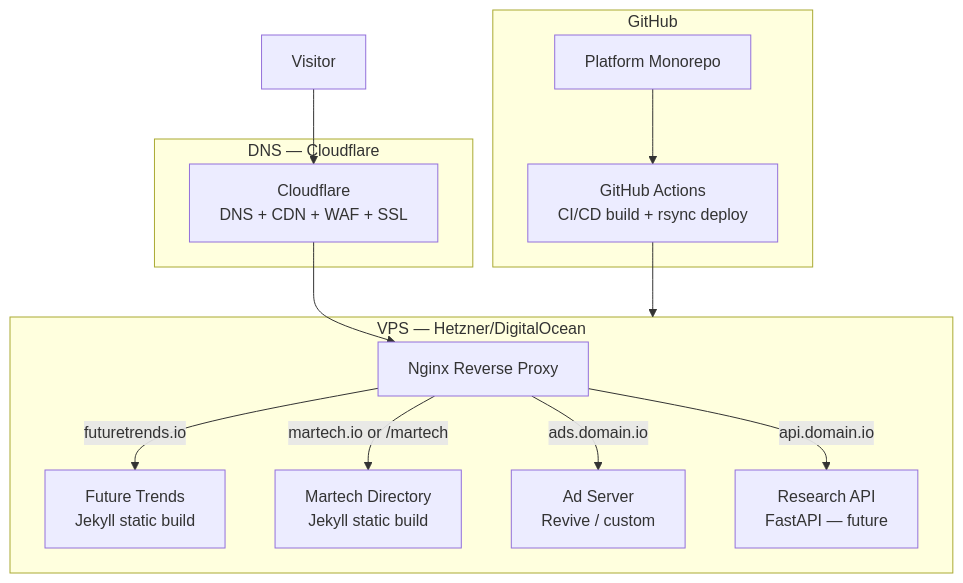
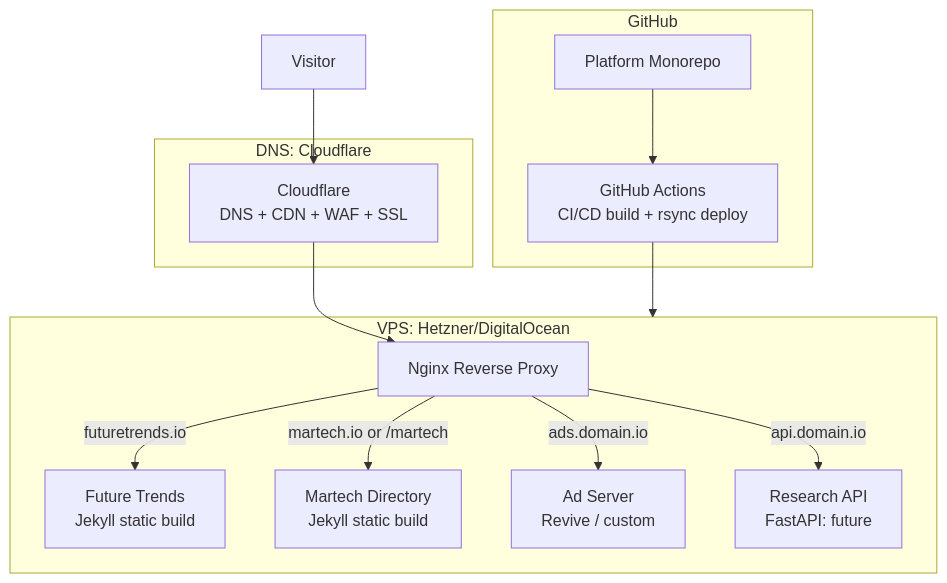
One commit to mengliang10/future changed the first of 4 diagrams in enhancements/06-domain-migration.md. Above: the diagram before and after it, drawn with Mermaid. The commit also changed other lines of this file and 348 other files, not shown here.

Commit message:
Global removal of em-dashes, homepage section reordering, and flow improvements

````diff
--- a/enhancements/06-domain-migration.md
+++ b/enhancements/06-domain-migration.md
@@ -20,27 +20,27 @@
 ```mermaid
 graph TD
-    subgraph DNS["DNS — Cloudflare"]
+    subgraph DNS["DNS: Cloudflare"]
         CF[Cloudflare\nDNS + CDN + WAF + SSL]
     end
 
-    subgraph VPS["VPS — Hetzner/DigitalOcean"]
+    subgraph VPS["VPS: Hetzner/DigitalOcean"]
         NGINX[Nginx Reverse Proxy]
         FT_SITE[Future Trends\nJekyll static build]
         MT_SITE[Martech Directory\nJekyll static build]
         ADS[Ad Server\nRevive / custom]
-        API[Research API\nFastAPI — future]
+        API[Research API\nFastAPI: future]
     end
 
     subgraph GH["GitHub"]
         ACTIONS[GitHub Actions\nCI/CD build + rsync deploy]
         REPO[Platform Monorepo]
     end
 
     USER[Visitor] --> CF
     CF --> NGINX
     NGINX -->|futuretrends.io| FT_SITE
     NGINX -->|martech.io or /martech| MT_SITE
     NGINX -->|ads.domain.io| ADS
     NGINX -->|api.domain.io| API
     REPO --> ACTIONS --> VPS
 ```
````
